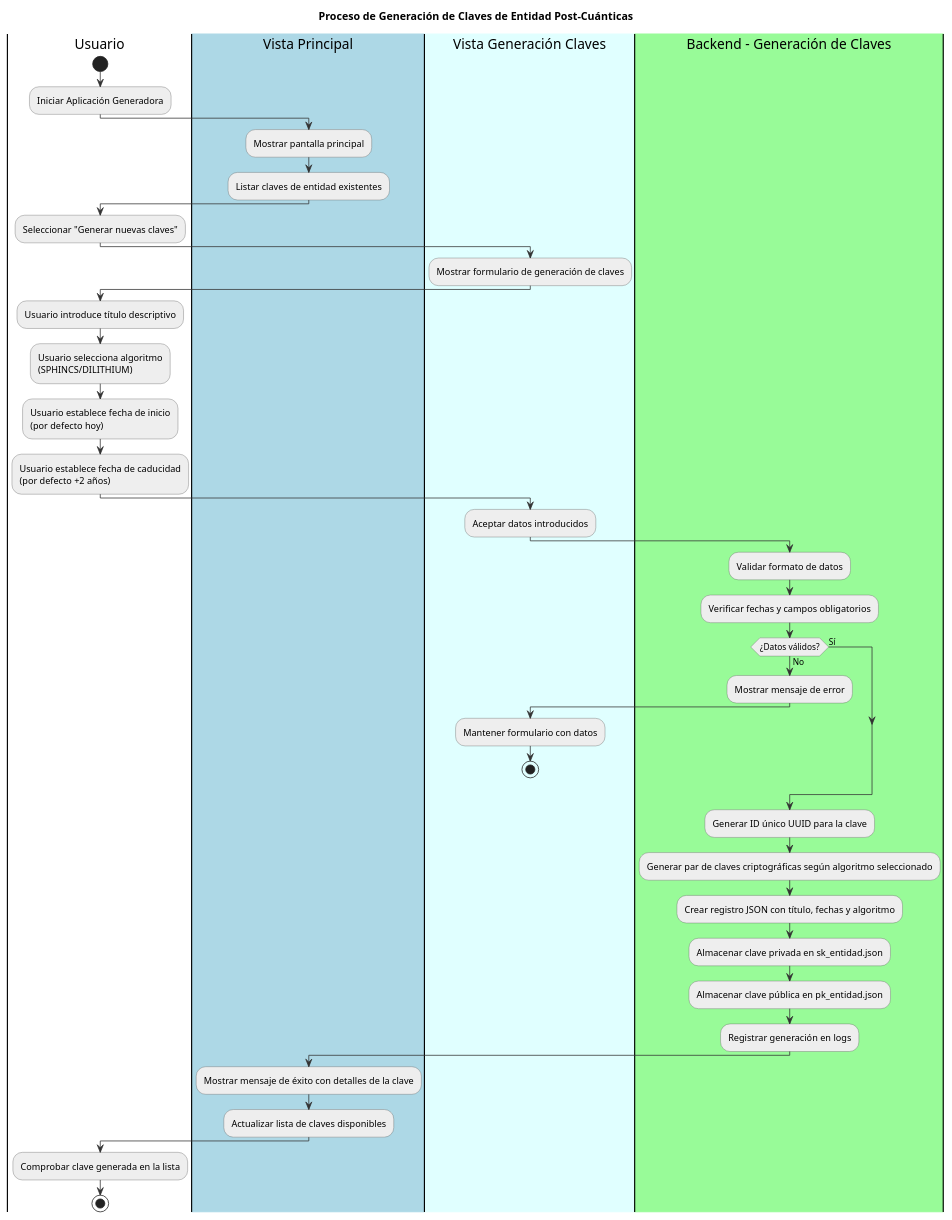
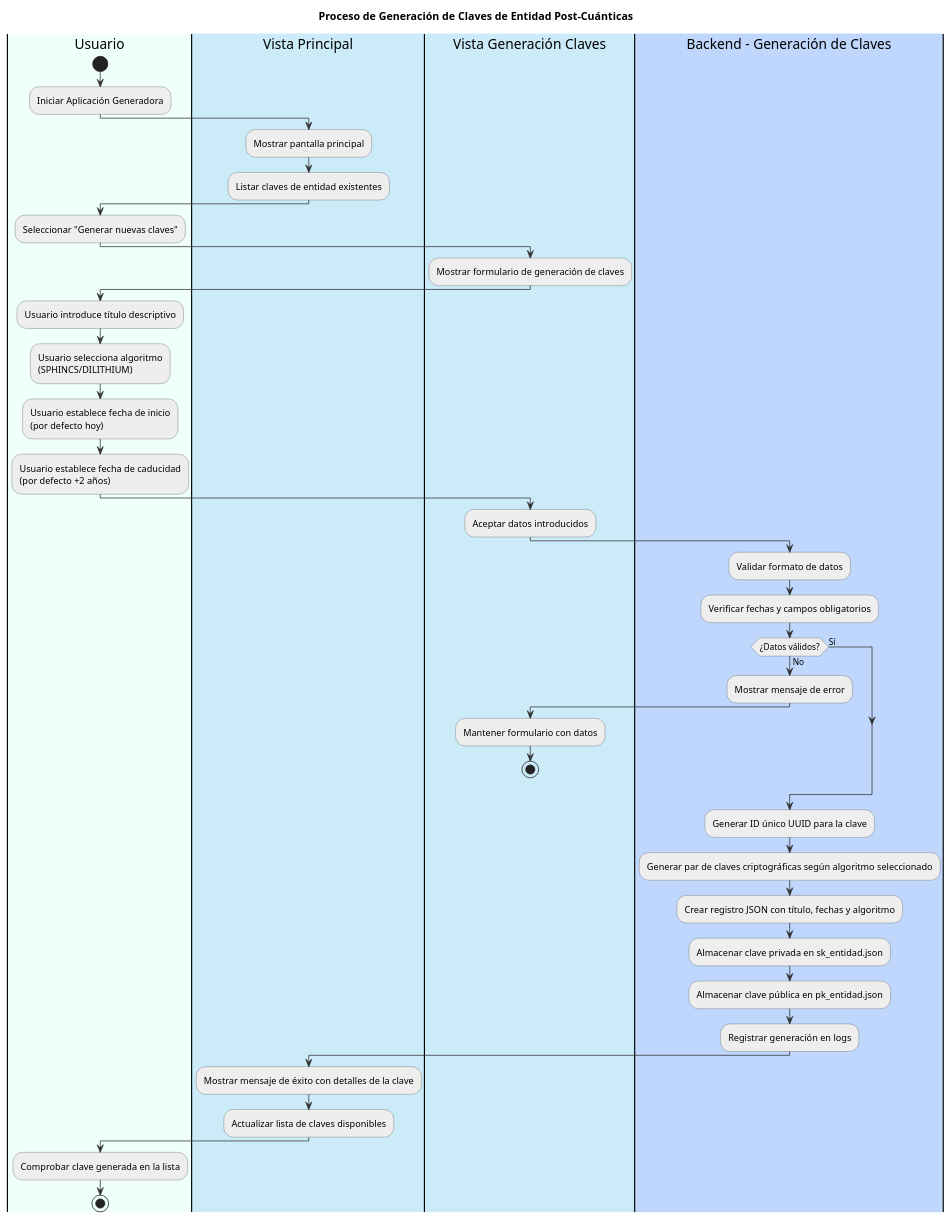
Before and after one commit to dsa069/Autofirma-Estandares-Post-Cuanticos: the diagram in diagramas/proceso_claves.puml, drawn with PlantUML. The commit also changed 4 other files, not shown here.

Commit message:
todos los diagramas

```diff
--- a/diagramas/proceso_claves.puml
+++ b/diagramas/proceso_claves.puml
@@ -1,70 +1,70 @@
 @startuml Proceso de Generación de Claves
 
 ' Configuración visual
 skinparam backgroundColor white
 skinparam handwritten false
 skinparam DefaultFontName Arial
 skinparam ArrowColor #333333
 skinparam ActivityBorderColor #666666
 skinparam ActivityBackgroundColor #EEEEEE
 
 title Proceso de Generación de Claves de Entidad Post-Cuánticas
 
-|Usuario|
+|#eefffc|Usuario|
 start
 :Iniciar Aplicación Generadora;
 
-|#LightBlue|Vista Principal|
+|#cbebf9|Vista Principal|
 :Mostrar pantalla principal;
 :Listar claves de entidad existentes;
 
 |Usuario|
 :Seleccionar "Generar nuevas claves";
 
-|#LightCyan|Vista Generación Claves|
+|#cbebf9|Vista Generación Claves|
 :Mostrar formulario de generación de claves;
 
 |Usuario|
 :Usuario introduce título descriptivo;
 :Usuario selecciona algoritmo
 (SPHINCS/DILITHIUM);
 :Usuario establece fecha de inicio 
 (por defecto hoy);
 :Usuario establece fecha de caducidad 
 (por defecto +2 años);
 
-|#LightCyan|Vista Generación Claves|
+|Vista Generación Claves|
 :Aceptar datos introducidos;
 
-|#PaleGreen|Backend - Generación de Claves|
+|#bfd7fc|Backend - Generación de Claves|
 :Validar formato de datos;
 :Verificar fechas y campos obligatorios;
 
 if (¿Datos válidos?) then (No)
-  |#PaleGreen|Backend - Generación de Claves|
+  |Backend - Generación de Claves|
   :Mostrar mensaje de error;
-  |#LightCyan|Vista Generación Claves|
+  |Vista Generación Claves|
   :Mantener formulario con datos;
   stop
 else (Sí)
 endif
 
-|#PaleGreen|Backend - Generación de Claves|
+|Backend - Generación de Claves|
 :Generar ID único UUID para la clave;
 :Generar par de claves criptográficas según algoritmo seleccionado;
 :Crear registro JSON con título, fechas y algoritmo;
 :Almacenar clave privada en sk_entidad.json;
 :Almacenar clave pública en pk_entidad.json;
 :Registrar generación en logs;
 
-|#LightBlue|Vista Principal|
+|Vista Principal|
 :Mostrar mensaje de éxito con detalles de la clave;
 :Actualizar lista de claves disponibles;
 
 |Usuario|
 :Comprobar clave generada en la lista;
 
 stop
 
 ' Metodos involucrados: (vista_generacion_claves, verificar_campos_generacion_claves, generar_claves_entidad, generar_par_claves )
 @enduml
```
